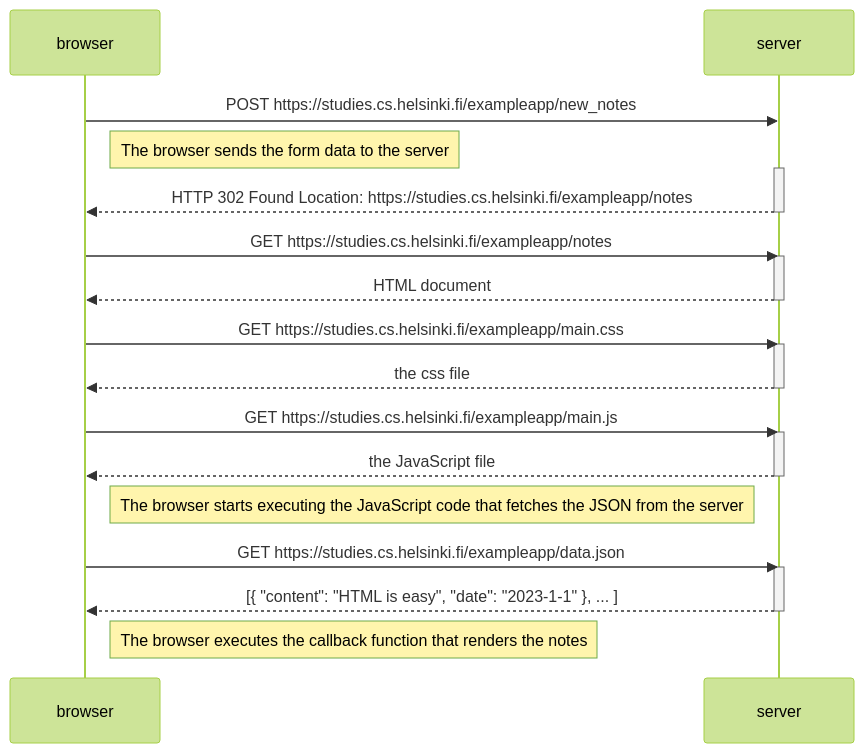
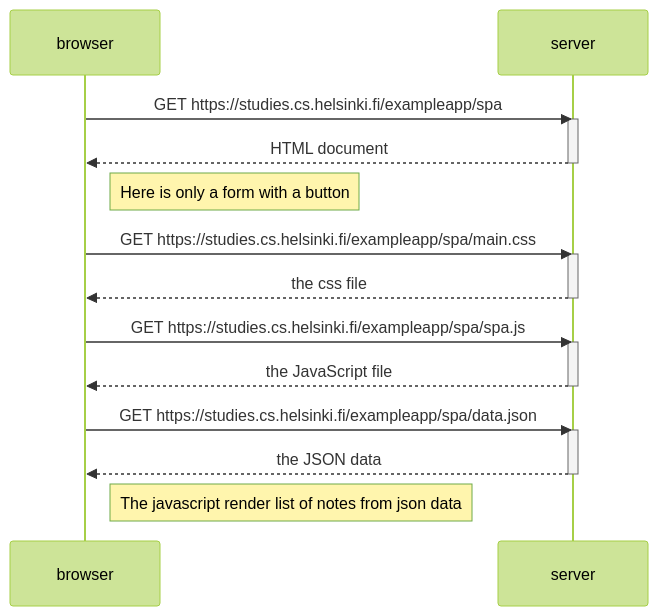
Before and after one commit to SviatlanaPuzevich/full_stack_web: the diagram in part0/5.mmd, drawn with Mermaid (forest theme). The commit also changed 1 other file, not shown here.

```diff
--- a/part0/5.mmd
+++ b/part0/5.mmd
@@ -1,34 +1,27 @@
 sequenceDiagram
     participant browser
     participant server
 
-    browser->>server: POST https://studies.cs.helsinki.fi/exampleapp/new_notes
-    Note right of browser: The browser sends the form data to the server
-    activate server
-    server-->>browser:  HTTP 302 Found Location: https://studies.cs.helsinki.fi/exampleapp/notes
-    deactivate server
 
-
-    browser->>server: GET https://studies.cs.helsinki.fi/exampleapp/notes
+    browser->>server: GET https://studies.cs.helsinki.fi/exampleapp/spa
     activate server
     server-->>browser: HTML document
     deactivate server
+    Note right of browser: Here is only a form with a button
 
-    browser->>server: GET https://studies.cs.helsinki.fi/exampleapp/main.css
+    browser->>server: GET https://studies.cs.helsinki.fi/exampleapp/spa/main.css
     activate server
     server-->>browser: the css file
     deactivate server
 
-    browser->>server: GET https://studies.cs.helsinki.fi/exampleapp/main.js
+    browser->>server: GET https://studies.cs.helsinki.fi/exampleapp/spa/spa.js
     activate server
     server-->>browser: the JavaScript file
     deactivate server
 
-    Note right of browser: The browser starts executing the JavaScript code that fetches the JSON from the server
-
-    browser->>server: GET https://studies.cs.helsinki.fi/exampleapp/data.json
+     browser->>server: GET https://studies.cs.helsinki.fi/exampleapp/spa/data.json
     activate server
-    server-->>browser: [{ "content": "HTML is easy", "date": "2023-1-1" }, ... ]
+    server-->>browser: the JSON data
     deactivate server
 
-    Note right of browser: The browser executes the callback function that renders the notes
+    Note right of browser: The javascript render list of notes from json data
```
